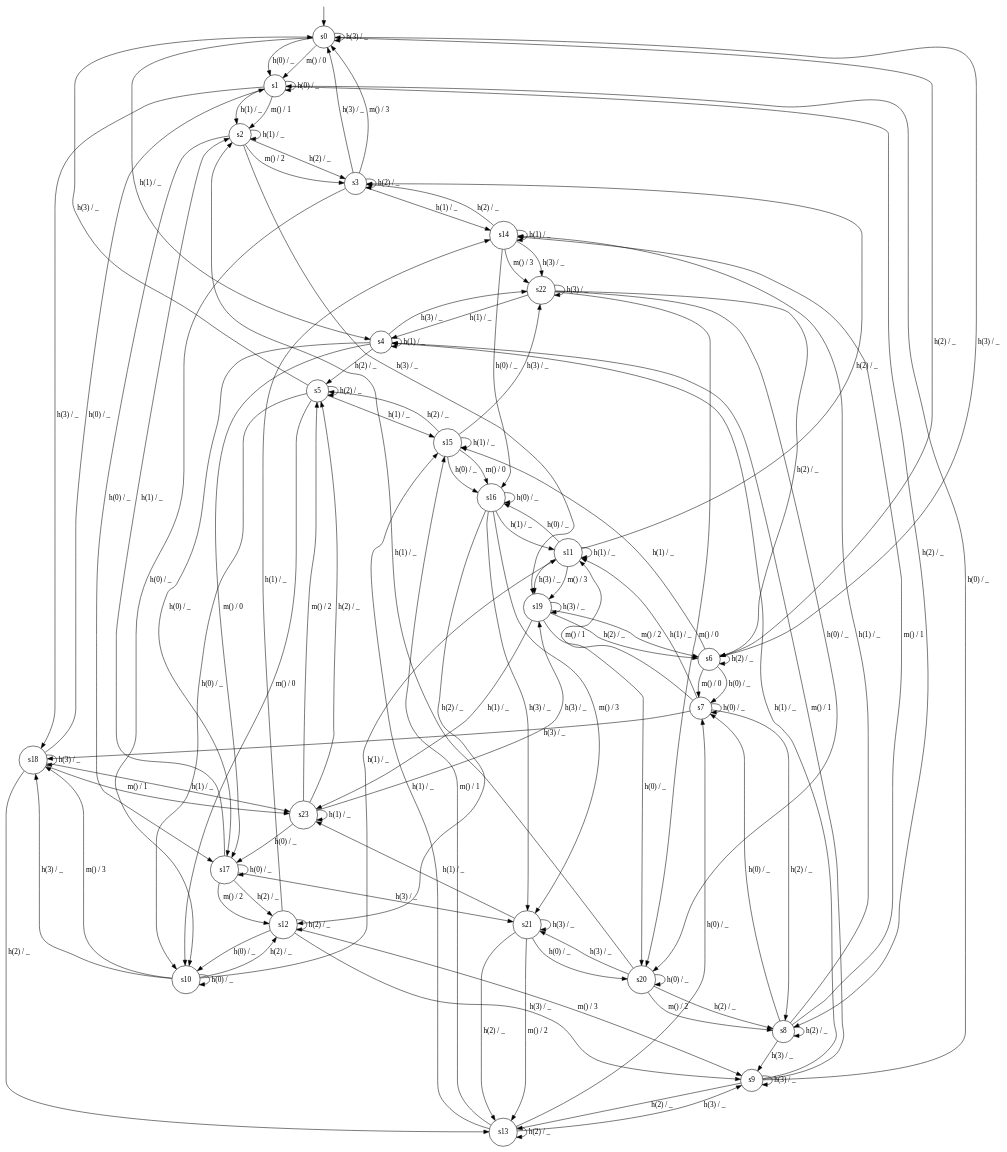
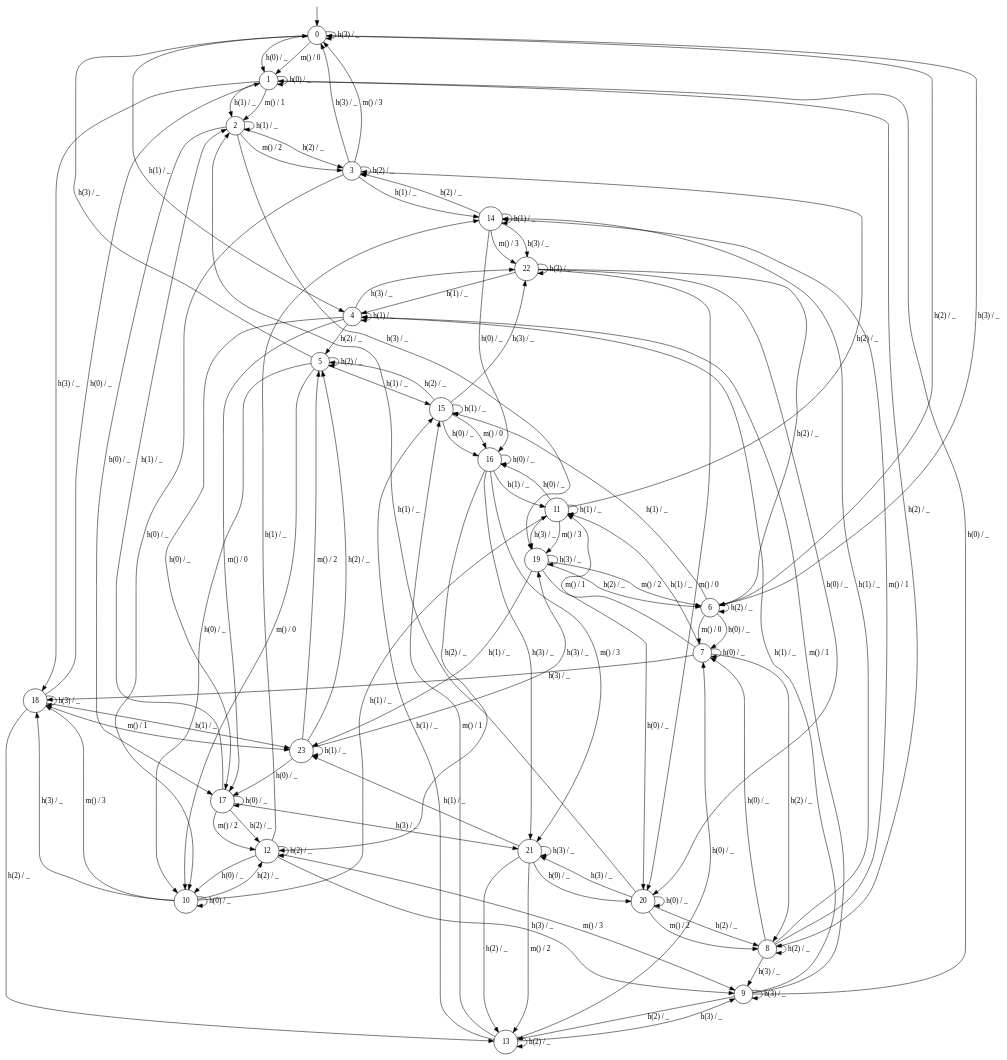
The diagram in models/simul/lru_4.dot (cgvwzq/polca), drawn with Graphviz before and after one commit.

Commit message:
fix reference model for lru

```diff
--- a/models/simul/lru_4.dot
+++ b/models/simul/lru_4.dot
@@ -1,151 +1,151 @@
 digraph g {
 
-	s0 [shape="circle" label="s0"];
-	s1 [shape="circle" label="s1"];
-	s2 [shape="circle" label="s2"];
-	s3 [shape="circle" label="s3"];
-	s4 [shape="circle" label="s4"];
-	s5 [shape="circle" label="s5"];
-	s6 [shape="circle" label="s6"];
-	s7 [shape="circle" label="s7"];
-	s8 [shape="circle" label="s8"];
-	s9 [shape="circle" label="s9"];
-	s10 [shape="circle" label="s10"];
-	s11 [shape="circle" label="s11"];
-	s12 [shape="circle" label="s12"];
-	s13 [shape="circle" label="s13"];
-	s14 [shape="circle" label="s14"];
-	s15 [shape="circle" label="s15"];
-	s16 [shape="circle" label="s16"];
-	s17 [shape="circle" label="s17"];
-	s18 [shape="circle" label="s18"];
-	s19 [shape="circle" label="s19"];
-	s20 [shape="circle" label="s20"];
-	s21 [shape="circle" label="s21"];
-	s22 [shape="circle" label="s22"];
-	s23 [shape="circle" label="s23"];
+	s0 [shape="circle" label="0"];
+	s1 [shape="circle" label="1"];
+	s2 [shape="circle" label="2"];
+	s3 [shape="circle" label="3"];
+	s4 [shape="circle" label="4"];
+	s5 [shape="circle" label="5"];
+	s6 [shape="circle" label="6"];
+	s7 [shape="circle" label="7"];
+	s8 [shape="circle" label="8"];
+	s9 [shape="circle" label="9"];
+	s10 [shape="circle" label="10"];
+	s11 [shape="circle" label="11"];
+	s12 [shape="circle" label="12"];
+	s13 [shape="circle" label="13"];
+	s14 [shape="circle" label="14"];
+	s15 [shape="circle" label="15"];
+	s16 [shape="circle" label="16"];
+	s17 [shape="circle" label="17"];
+	s18 [shape="circle" label="18"];
+	s19 [shape="circle" label="19"];
+	s20 [shape="circle" label="20"];
+	s21 [shape="circle" label="21"];
+	s22 [shape="circle" label="22"];
+	s23 [shape="circle" label="23"];
 	s0 -> s1 [label="h(0) / _"];
 	s0 -> s4 [label="h(1) / _"];
 	s0 -> s6 [label="h(2) / _"];
 	s0 -> s0 [label="h(3) / _"];
 	s0 -> s1 [label="m() / 0"];
 	s1 -> s1 [label="h(0) / _"];
 	s1 -> s2 [label="h(1) / _"];
 	s1 -> s8 [label="h(2) / _"];
 	s1 -> s18 [label="h(3) / _"];
 	s1 -> s2 [label="m() / 1"];
 	s2 -> s17 [label="h(0) / _"];
 	s2 -> s2 [label="h(1) / _"];
 	s2 -> s3 [label="h(2) / _"];
 	s2 -> s19 [label="h(3) / _"];
 	s2 -> s3 [label="m() / 2"];
 	s3 -> s10 [label="h(0) / _"];
 	s3 -> s14 [label="h(1) / _"];
 	s3 -> s3 [label="h(2) / _"];
 	s3 -> s0 [label="h(3) / _"];
 	s3 -> s0 [label="m() / 3"];
 	s4 -> s17 [label="h(0) / _"];
 	s4 -> s4 [label="h(1) / _"];
 	s4 -> s5 [label="h(2) / _"];
 	s4 -> s22 [label="h(3) / _"];
 	s4 -> s17 [label="m() / 0"];
 	s5 -> s10 [label="h(0) / _"];
 	s5 -> s15 [label="h(1) / _"];
 	s5 -> s5 [label="h(2) / _"];
 	s5 -> s0 [label="h(3) / _"];
 	s5 -> s10 [label="m() / 0"];
 	s6 -> s7 [label="h(0) / _"];
 	s6 -> s15 [label="h(1) / _"];
 	s6 -> s6 [label="h(2) / _"];
 	s6 -> s0 [label="h(3) / _"];
 	s6 -> s7 [label="m() / 0"];
 	s7 -> s7 [label="h(0) / _"];
 	s7 -> s11 [label="h(1) / _"];
 	s7 -> s8 [label="h(2) / _"];
 	s7 -> s18 [label="h(3) / _"];
 	s7 -> s11 [label="m() / 1"];
 	s8 -> s7 [label="h(0) / _"];
 	s8 -> s14 [label="h(1) / _"];
 	s8 -> s8 [label="h(2) / _"];
 	s8 -> s9 [label="h(3) / _"];
 	s8 -> s14 [label="m() / 1"];
 	s9 -> s1 [label="h(0) / _"];
 	s9 -> s4 [label="h(1) / _"];
 	s9 -> s13 [label="h(2) / _"];
 	s9 -> s9 [label="h(3) / _"];
 	s9 -> s4 [label="m() / 1"];
 	s10 -> s10 [label="h(0) / _"];
 	s10 -> s11 [label="h(1) / _"];
 	s10 -> s12 [label="h(2) / _"];
 	s10 -> s18 [label="h(3) / _"];
 	s10 -> s18 [label="m() / 3"];
 	s11 -> s16 [label="h(0) / _"];
 	s11 -> s11 [label="h(1) / _"];
 	s11 -> s3 [label="h(2) / _"];
 	s11 -> s19 [label="h(3) / _"];
 	s11 -> s19 [label="m() / 3"];
 	s12 -> s10 [label="h(0) / _"];
 	s12 -> s14 [label="h(1) / _"];
 	s12 -> s12 [label="h(2) / _"];
 	s12 -> s9 [label="h(3) / _"];
 	s12 -> s9 [label="m() / 3"];
 	s13 -> s7 [label="h(0) / _"];
 	s13 -> s15 [label="h(1) / _"];
 	s13 -> s13 [label="h(2) / _"];
 	s13 -> s9 [label="h(3) / _"];
 	s13 -> s15 [label="m() / 1"];
 	s14 -> s16 [label="h(0) / _"];
 	s14 -> s14 [label="h(1) / _"];
 	s14 -> s3 [label="h(2) / _"];
 	s14 -> s22 [label="h(3) / _"];
 	s14 -> s22 [label="m() / 3"];
 	s15 -> s16 [label="h(0) / _"];
 	s15 -> s15 [label="h(1) / _"];
 	s15 -> s5 [label="h(2) / _"];
 	s15 -> s22 [label="h(3) / _"];
 	s15 -> s16 [label="m() / 0"];
 	s16 -> s16 [label="h(0) / _"];
 	s16 -> s11 [label="h(1) / _"];
 	s16 -> s12 [label="h(2) / _"];
 	s16 -> s21 [label="h(3) / _"];
 	s16 -> s21 [label="m() / 3"];
 	s17 -> s17 [label="h(0) / _"];
 	s17 -> s2 [label="h(1) / _"];
 	s17 -> s12 [label="h(2) / _"];
 	s17 -> s21 [label="h(3) / _"];
 	s17 -> s12 [label="m() / 2"];
 	s18 -> s1 [label="h(0) / _"];
 	s18 -> s23 [label="h(1) / _"];
 	s18 -> s13 [label="h(2) / _"];
 	s18 -> s18 [label="h(3) / _"];
 	s18 -> s23 [label="m() / 1"];
 	s19 -> s20 [label="h(0) / _"];
 	s19 -> s23 [label="h(1) / _"];
 	s19 -> s6 [label="h(2) / _"];
 	s19 -> s19 [label="h(3) / _"];
 	s19 -> s6 [label="m() / 2"];
 	s20 -> s20 [label="h(0) / _"];
 	s20 -> s2 [label="h(1) / _"];
 	s20 -> s8 [label="h(2) / _"];
 	s20 -> s21 [label="h(3) / _"];
 	s20 -> s8 [label="m() / 2"];
 	s21 -> s20 [label="h(0) / _"];
 	s21 -> s23 [label="h(1) / _"];
 	s21 -> s13 [label="h(2) / _"];
 	s21 -> s21 [label="h(3) / _"];
 	s21 -> s13 [label="m() / 2"];
 	s22 -> s20 [label="h(0) / _"];
 	s22 -> s4 [label="h(1) / _"];
 	s22 -> s6 [label="h(2) / _"];
 	s22 -> s22 [label="h(3) / _"];
 	s22 -> s20 [label="m() / 0"];
 	s23 -> s17 [label="h(0) / _"];
 	s23 -> s23 [label="h(1) / _"];
 	s23 -> s5 [label="h(2) / _"];
 	s23 -> s19 [label="h(3) / _"];
 	s23 -> s5 [label="m() / 2"];
 
 __start0 [label="" shape="none" width="0" height="0"];
 __start0 -> s0;
 
 }
```
